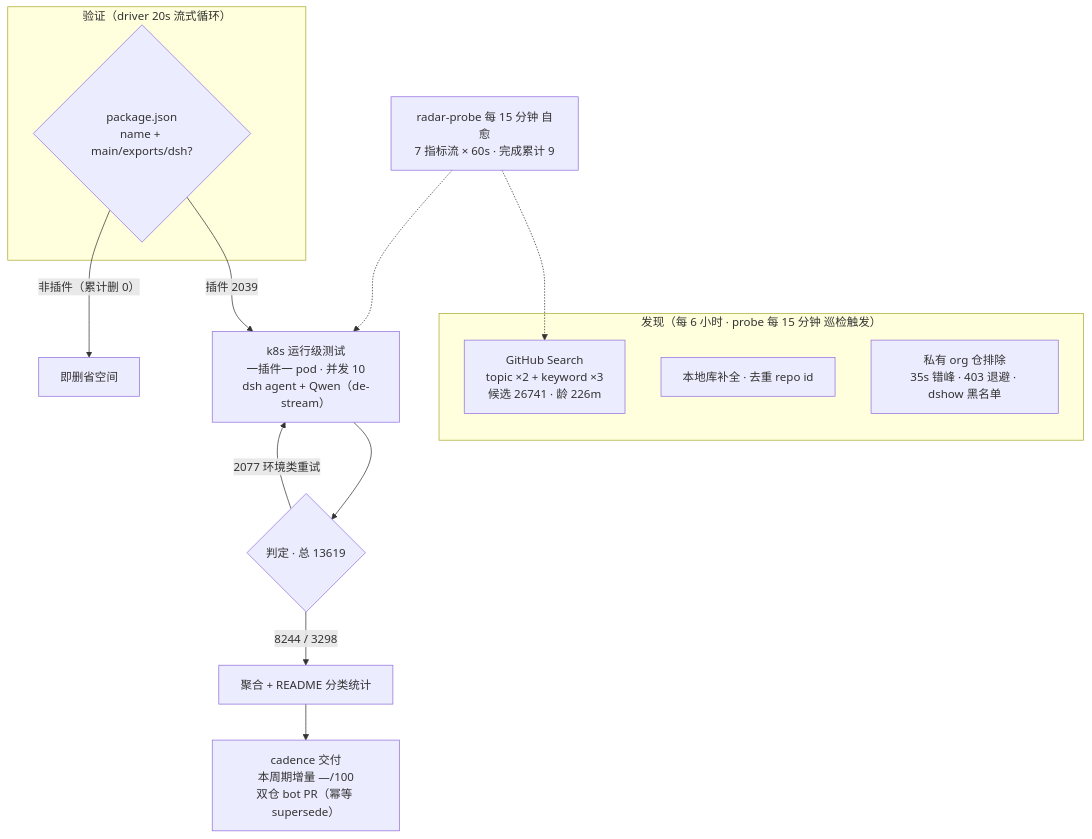
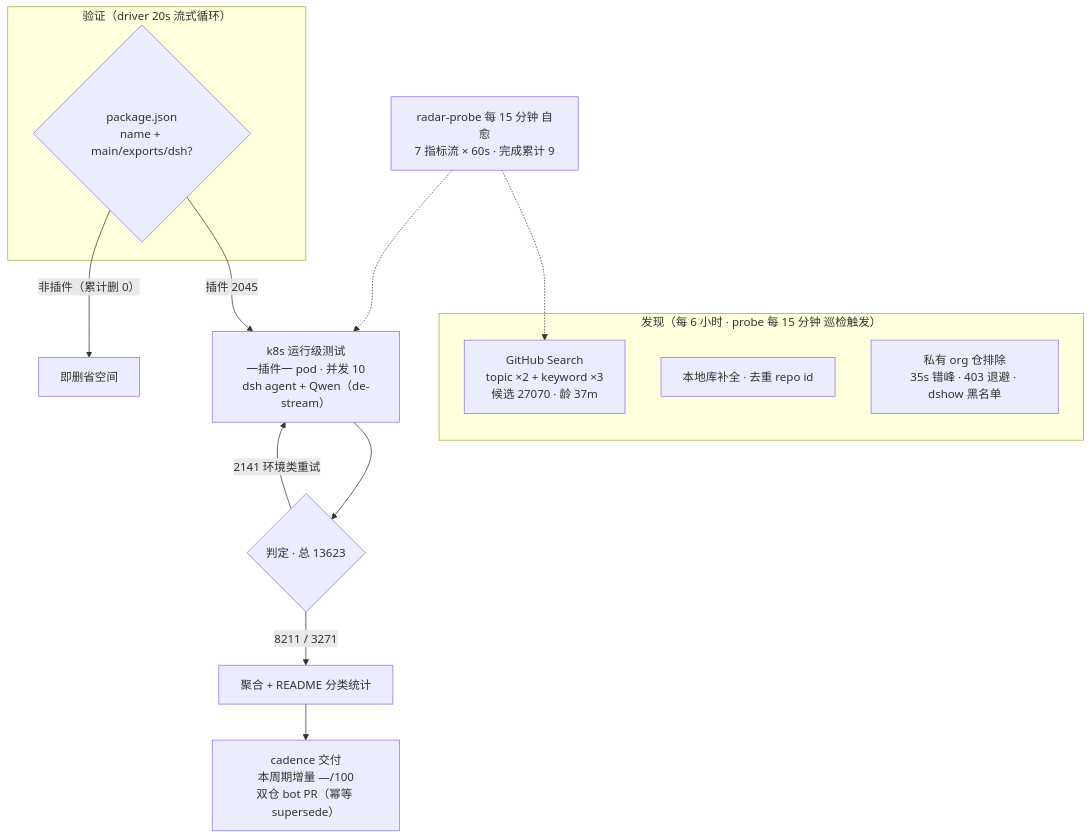
One commit to Zhidao-Lab-OSS/awesome-dsh-plugins changed the diagram in README.md. Above: the diagram before and after it, drawn with Mermaid. The commit also changed other lines of this file and 1 other file, not shown here.

````diff
--- a/README.md
+++ b/README.md
@@ -54,20 +54,20 @@
 ```mermaid
 flowchart TB
     subgraph Discovery["发现（每 6 小时 · probe 每 15 分钟 巡检触发）"]
-        A1["GitHub Search<br/>topic ×2 + keyword ×3<br/>候选 26741 · 龄 226m"]
+        A1["GitHub Search<br/>topic ×2 + keyword ×3<br/>候选 27070 · 龄 37m"]
         A2["本地库补全 · 去重 repo id"]
         A3["私有 org 仓排除<br/>35s 错峰 · 403 退避 · dshow 黑名单"]
     end
     subgraph Validation["验证（driver 20s 流式循环）"]
         B1{"package.json<br/>name + main/exports/dsh?"}
     end
-    B1 -->|"插件 2039"| C1["k8s 运行级测试<br/>一插件一 pod · 并发 10<br/>dsh agent + Qwen（de-stream）"]
+    B1 -->|"插件 2045"| C1["k8s 运行级测试<br/>一插件一 pod · 并发 10<br/>dsh agent + Qwen（de-stream）"]
     B1 -->|"非插件（累计删 0）"| B3["即删省空间"]
-    C1 --> D1{"判定 · 总 13619"}
-    D1 -->|"8244 / 3298"| E1["聚合 + README 分类统计"]
-    D1 -->|"2077 环境类重试"| C1
+    C1 --> D1{"判定 · 总 13623"}
+    D1 -->|"8211 / 3271"| E1["聚合 + README 分类统计"]
+    D1 -->|"2141 环境类重试"| C1
     E1 --> E2["cadence 交付<br/>本周期增量 —/100<br/>双仓 bot PR（幂等 supersede）"]
     M["radar-probe 每 15 分钟 自愈<br/>7 指标流 × 60s · 完成累计 9"]
     M -.-> A1
     M -.-> C1
 ```
````
